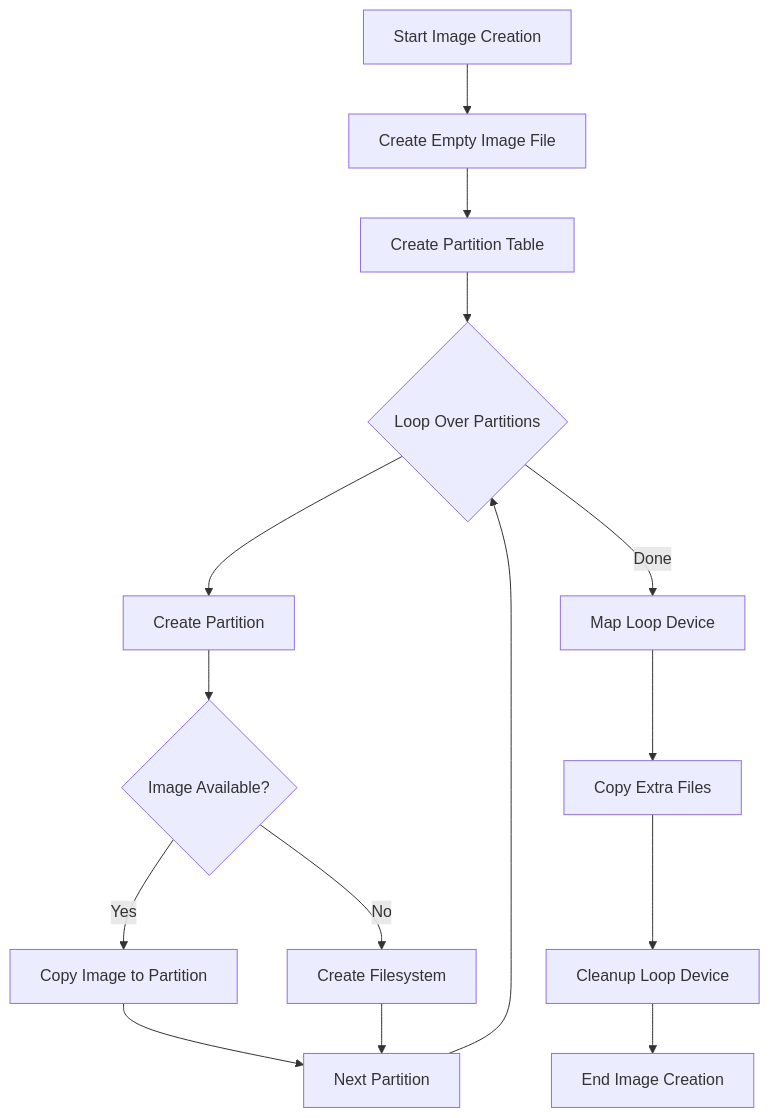
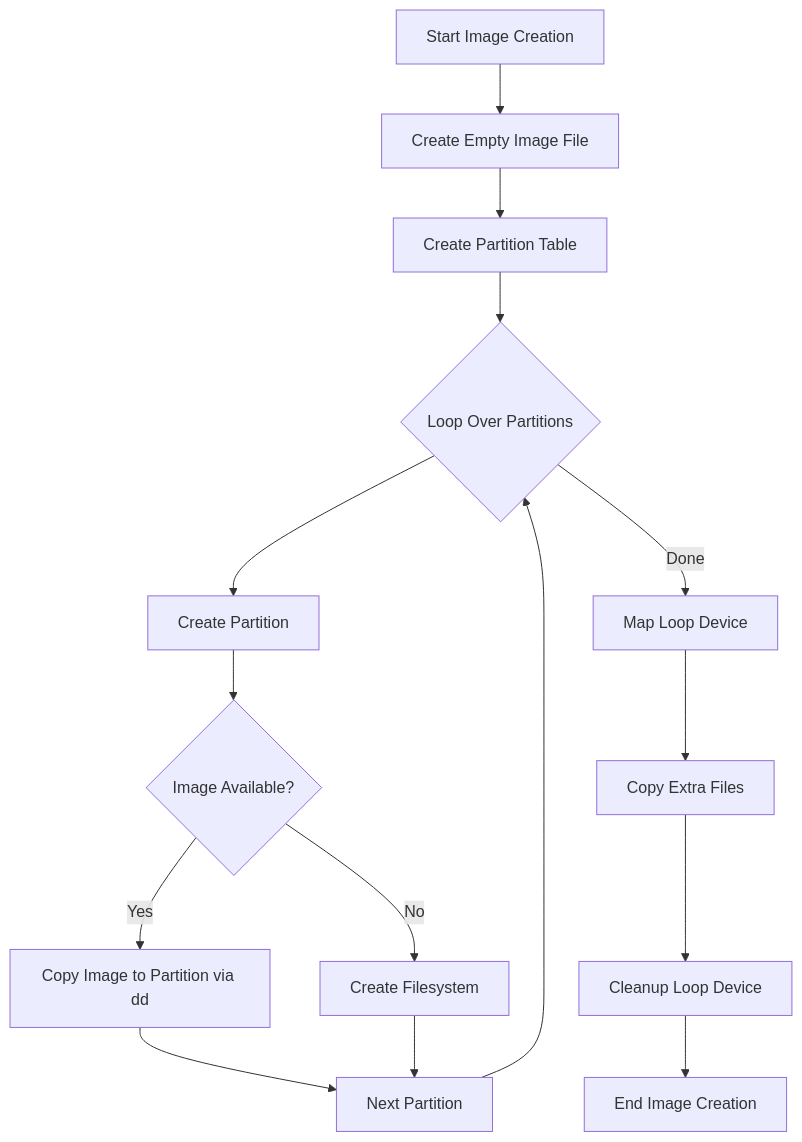
Before and after one commit to ganeshhalthota/meta-rpi5-secure-aosp: the third of 3 diagrams in docs/architecture.md, drawn with Mermaid. The commit also changed other lines of this file and 34 other files, not shown here.

````diff
--- a/docs/architecture.md
+++ b/docs/architecture.md
@@ -51,17 +104,17 @@
 ```mermaid
 graph TD
     A[Start Image Creation] --> B[Create Empty Image File];
     B --> C[Create Partition Table];
     C --> D{Loop Over Partitions};
     D --> E[Create Partition];
     E --> F{Image Available?};
-    F -- Yes --> G[Copy Image to Partition];
+    F -- Yes --> G[Copy Image to Partition via dd];
     F -- No --> H[Create Filesystem];
     G --> I[Next Partition];
     H --> I;
     I --> D;
     D -- Done --> J[Map Loop Device];
     J --> K[Copy Extra Files];
     K --> L[Cleanup Loop Device];
     L --> M[End Image Creation];
 ```
````
